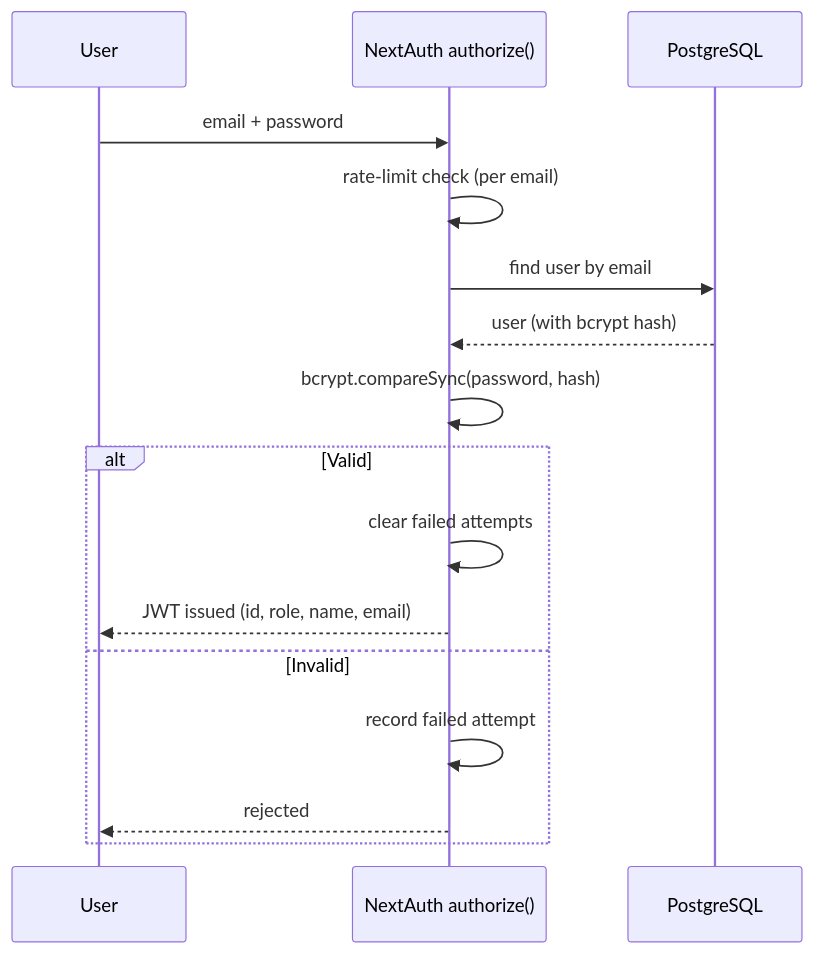
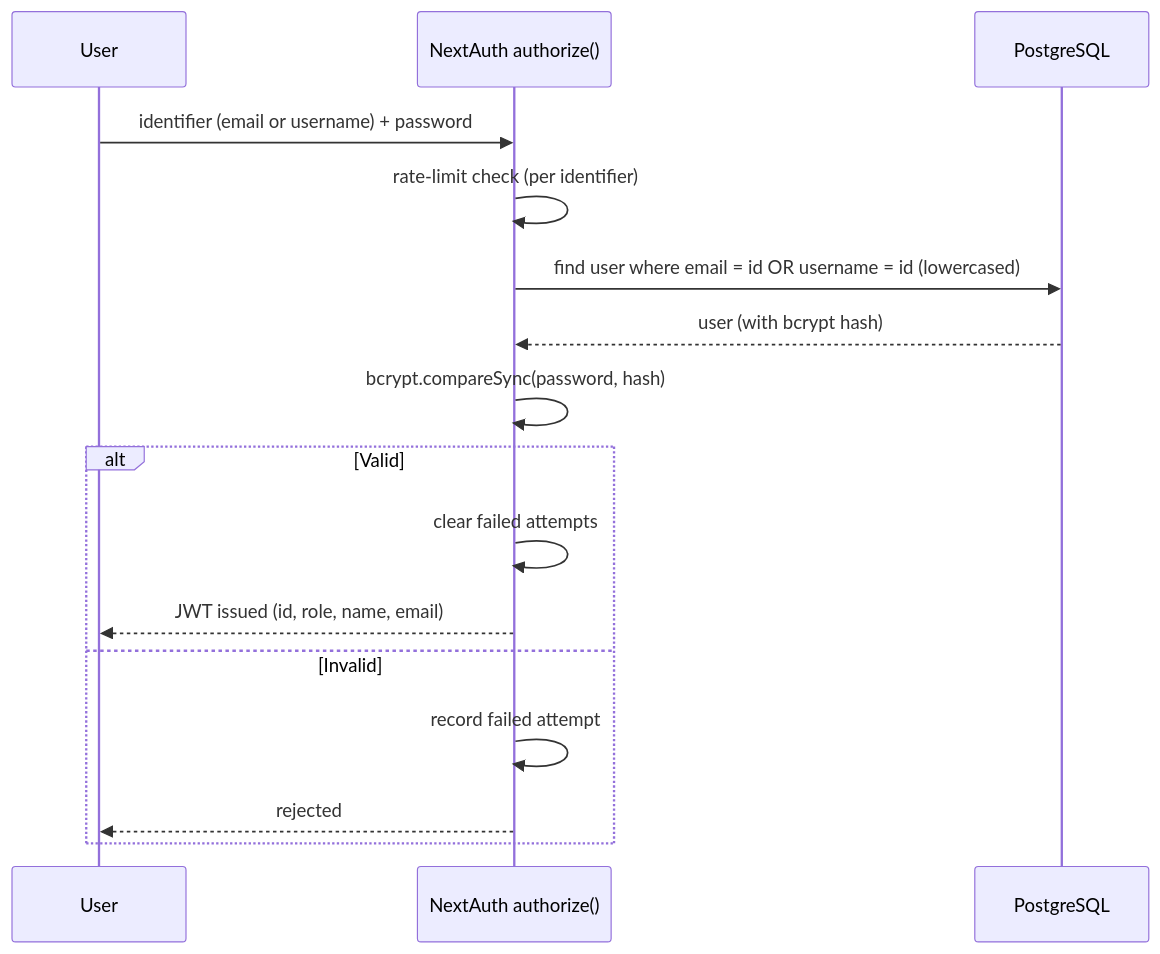
One commit to haruhadj/secure-qr-attendance changed the diagram in docs/architecture/auth.md. Above: the diagram before and after it, drawn with Mermaid. The commit also changed other lines of this file and 9 other files, not shown here.

````diff
--- a/docs/architecture/auth.md
+++ b/docs/architecture/auth.md
@@ -8,18 +8,18 @@
 ```mermaid
 sequenceDiagram
     participant U as User
     participant NA as NextAuth authorize()
     participant DB as PostgreSQL
-    U->>NA: email + password
-    NA->>NA: rate-limit check (per email)
-    NA->>DB: find user by email
+    U->>NA: identifier (email or username) + password
+    NA->>NA: rate-limit check (per identifier)
+    NA->>DB: find user where email = id OR username = id (lowercased)
     DB-->>NA: user (with bcrypt hash)
     NA->>NA: bcrypt.compareSync(password, hash)
     alt Valid
         NA->>NA: clear failed attempts
         NA-->>U: JWT issued (id, role, name, email)
     else Invalid
         NA->>NA: record failed attempt
         NA-->>U: rejected
     end
 ```
````
